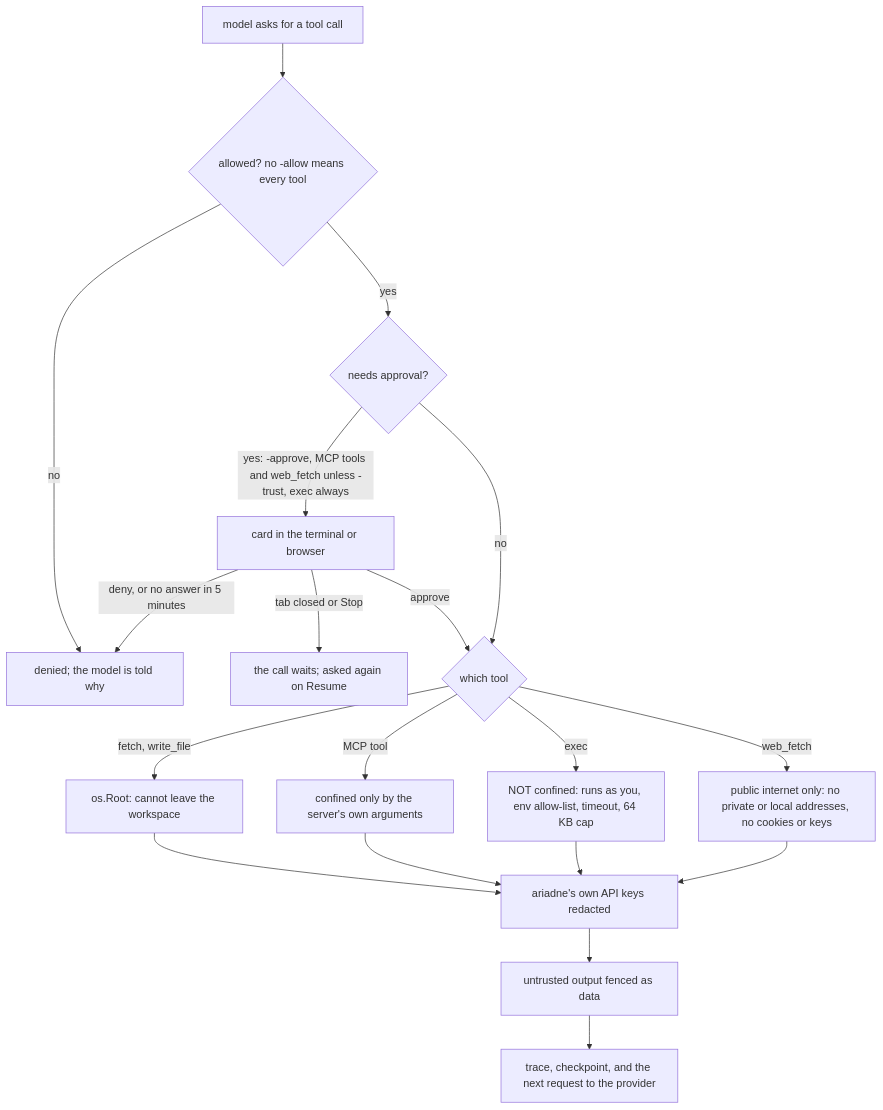
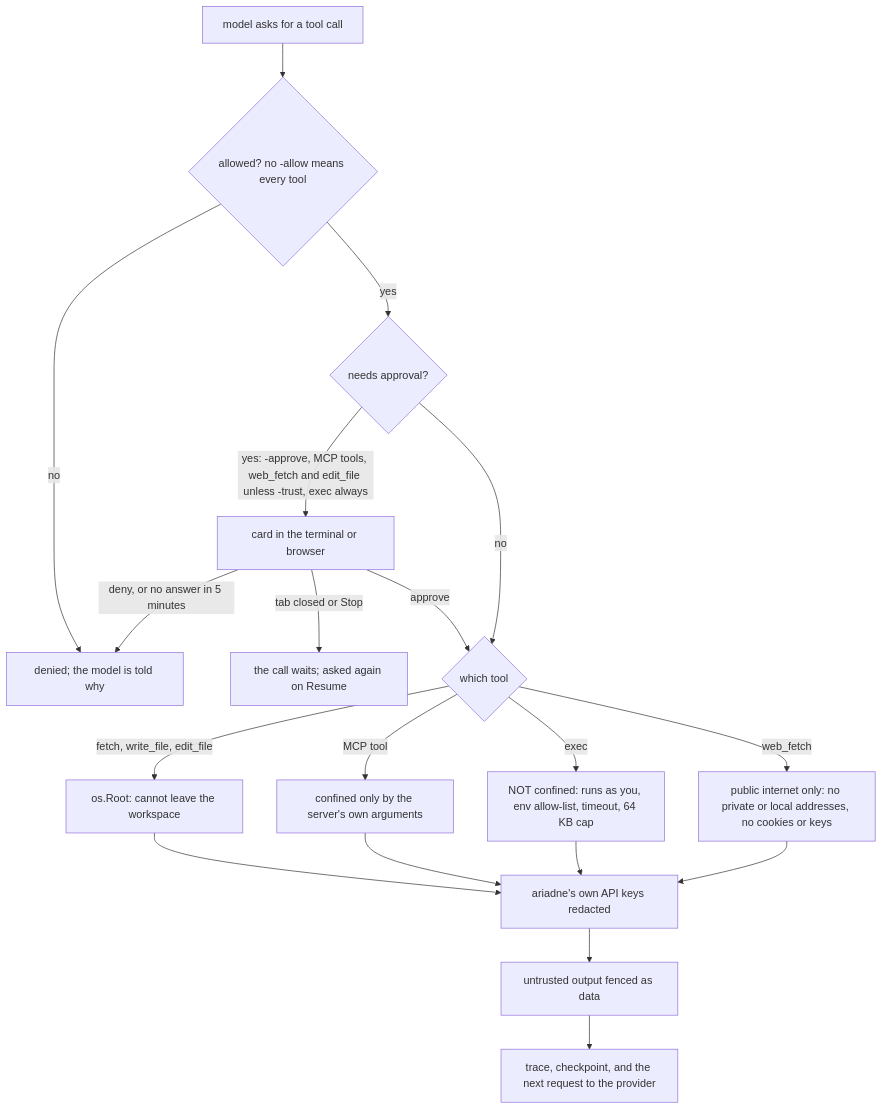
Before and after one commit to ginko97/ariadne: the second of 2 diagrams in README.md, drawn with Mermaid. The commit also changed other lines of this file and 7 other files, not shown here.

````diff
--- a/README.md
+++ b/README.md
@@ -231,21 +231,21 @@
 ```mermaid
 flowchart TD
     M["model asks for a tool call"] --> A{"allowed? no -allow means every tool"}
     A -- no --> D["denied; the model is told why"]
     A -- yes --> G{"needs approval?"}
-    G -- "yes: -approve, MCP tools and web_fetch unless -trust, exec always" --> P["card in the terminal or browser"]
+    G -- "yes: -approve, MCP tools, web_fetch and edit_file unless -trust, exec always" --> P["card in the terminal or browser"]
     P -- "deny, or no answer in 5 minutes" --> D
     P -- "tab closed or Stop" --> WAIT["the call waits; asked again on Resume"]
     P -- approve --> T{"which tool"}
     G -- no --> T
-    T -- "fetch, write_file" --> R["os.Root: cannot leave the workspace"]
+    T -- "fetch, write_file, edit_file" --> R["os.Root: cannot leave the workspace"]
     T -- "MCP tool" --> S["confined only by the server's own arguments"]
     T -- exec --> X["NOT confined: runs as you, env allow-list, timeout, 64 KB cap"]
     T -- web_fetch --> W["public internet only: no private or local addresses, no cookies or keys"]
     R --> RD["ariadne's own API keys redacted"]
     S --> RD
     X --> RD
     W --> RD
     RD --> F["untrusted output fenced as data"]
     F --> OUT["trace, checkpoint, and the next request to the provider"]
 ```
````
